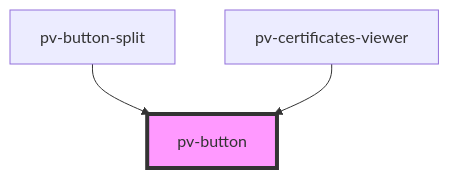
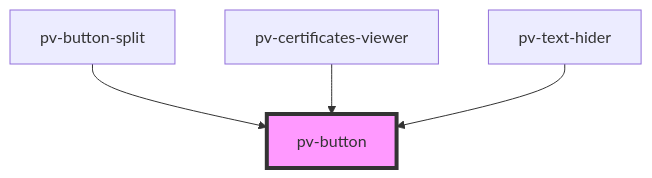
One commit to PeculiarVentures/pv-certificates-viewer changed the diagram in src/components/button/readme.md. Above: the diagram before and after it, drawn with Mermaid. The commit also changed other lines of this file and 10 other files, not shown here.

Commit message:
chore(text-hider): Updated types

````diff
--- a/src/components/button/readme.md
+++ b/src/components/button/readme.md
@@ -32,6 +33,7 @@
 ```mermaid
 graph TD;
   pv-button-split --> pv-button
   pv-certificates-viewer --> pv-button
+  pv-text-hider --> pv-button
   style pv-button fill:#f9f,stroke:#333,stroke-width:4px
 ```
````
